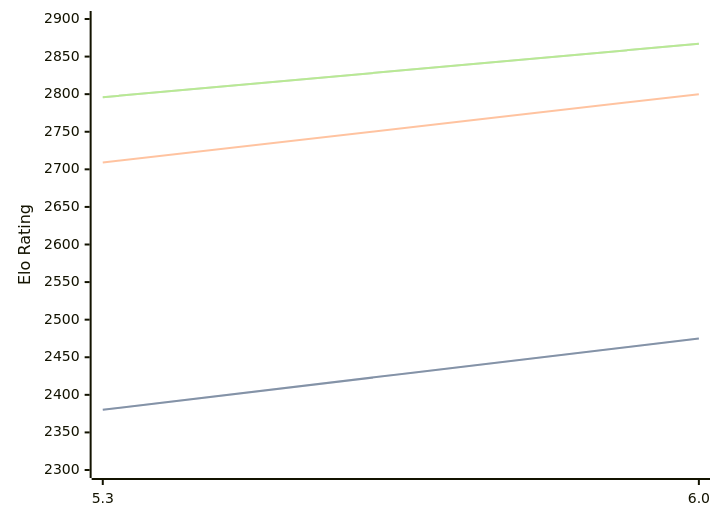
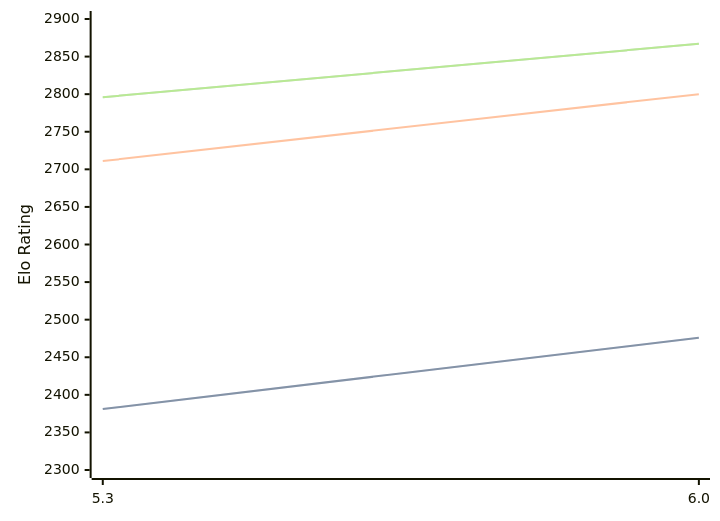
The third of 3 diagrams in engines/tomitankChess.md (computer-chess-index/cci), drawn with Mermaid before and after one commit. The commit also changed other lines of this file, not shown here.

````diff
--- a/engines/tomitankChess.md
+++ b/engines/tomitankChess.md
@@ -73,11 +73,11 @@
 ```mermaid
 %%{init: {"theme":"base","themeVariables":{"seriesColors:['#a3a3a3','#222221','#faa371']}}}%%
 xychart-beta
   x-axis ["5.3", "6.0"]
   y-axis "Elo Rating" 2300 --> 2900
-  line "STC (8.0+0.08s)" [2380, 2475]
-  line "STC (8.0+0.08s)" [2380, 2475]
-  line "LTC (60.0+0.60s)" [2709, 2800]
+  line "STC (8.0+0.08s)" [2381, 2476]
+  line "STC (8.0+0.08s)" [2381, 2476]
+  line "LTC (60.0+0.60s)" [2711, 2800]
   line "VLTC (2m24s+1.12s)" [2796, 2867]
   line "VLTC (2m24s+1.12s)" [2796, 2867]
 ```
````
